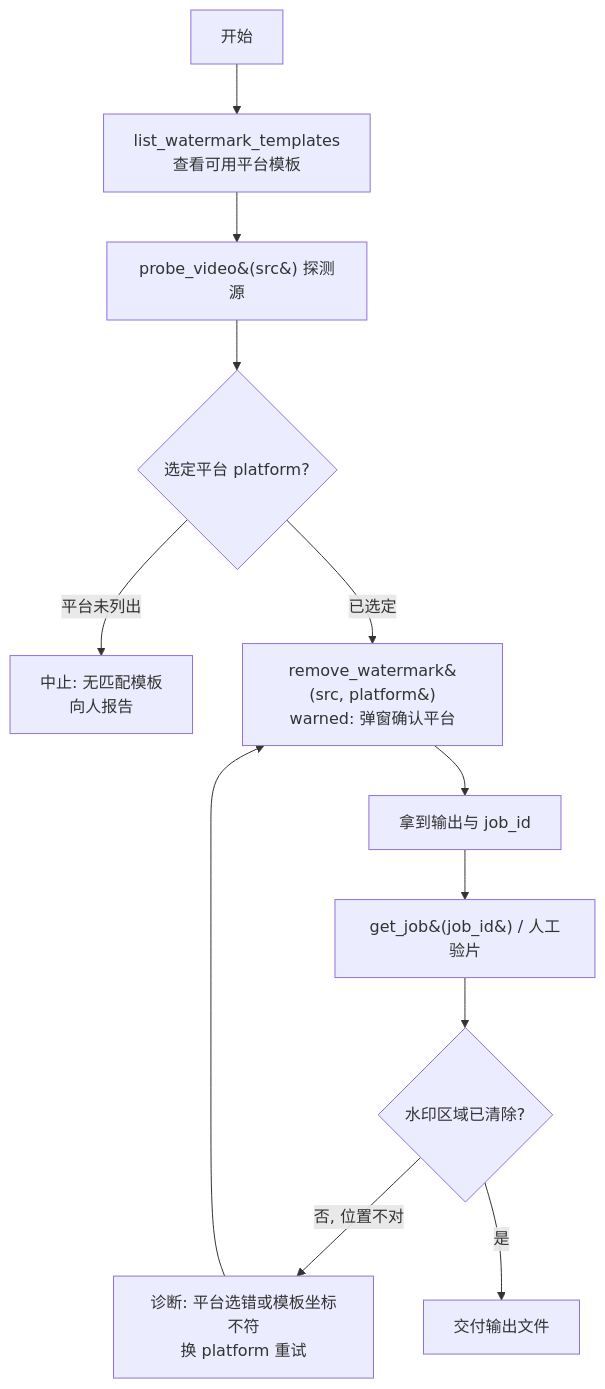
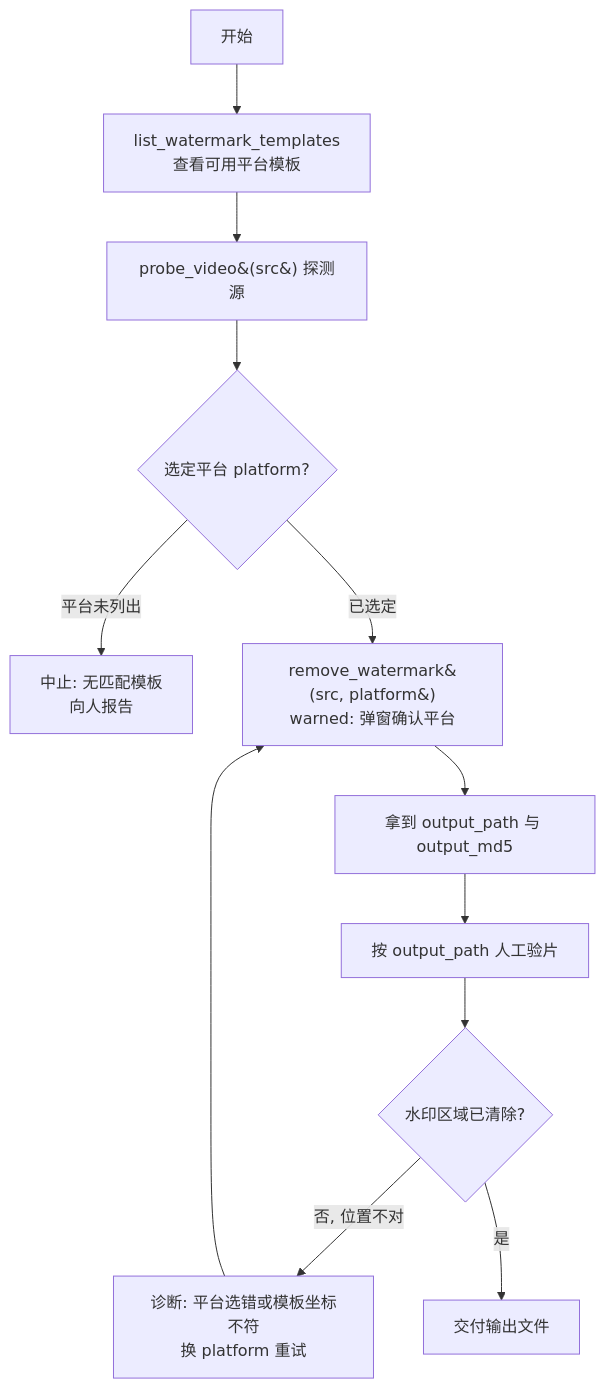
Before and after one commit to luckly06/video-mcp: the diagram in station/shared/skills/remove-watermark/SKILL.md, drawn with Mermaid. The commit also changed other lines of this file and 54 other files, not shown here.

````diff
--- a/station/shared/skills/remove-watermark/SKILL.md
+++ b/station/shared/skills/remove-watermark/SKILL.md
@@ -22,14 +22,14 @@
 ```mermaid
 flowchart TD
     A[开始] --> B[list_watermark_templates<br/>查看可用平台模板]
     B --> C[probe_video&#40;src&#41; 探测源]
     C --> D{选定平台 platform?}
     D -->|平台未列出| Z[中止: 无匹配模板<br/>向人报告]
     D -->|已选定| E[remove_watermark&#40;src, platform&#41;<br/>warned: 弹窗确认平台]
-    E --> F[拿到输出与 job_id]
-    F --> G[get_job&#40;job_id&#41; / 人工验片]
+    E --> F[拿到 output_path 与 output_md5]
+    F --> G[按 output_path 人工验片]
     G --> H{水印区域已清除?}
     H -->|否, 位置不对| I[诊断: 平台选错或模板坐标不符<br/>换 platform 重试]
     I --> E
     H -->|是| Y[交付输出文件]
 ```
````
